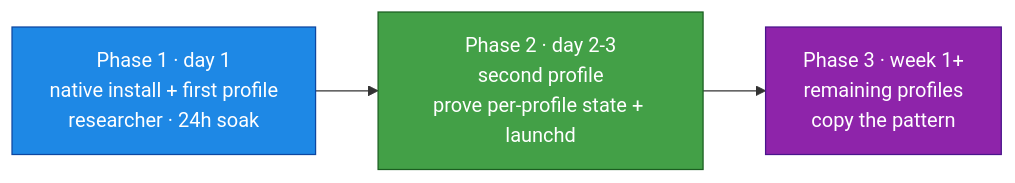
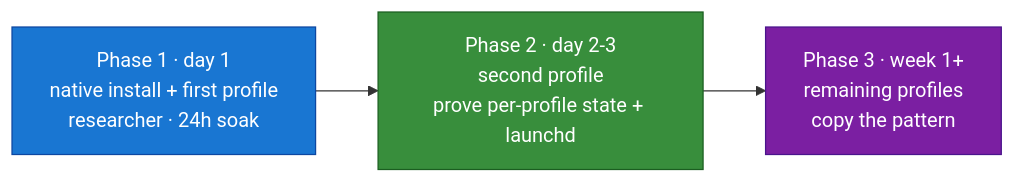
The diagram in docs/05-deployment.md (mpolatcan/hermes-setup), drawn with Mermaid before and after one commit. The commit also changed 9 other files, not shown here.

First line of the commit message:
docs: unify mermaid palette to Material Design (legible contrast)

````diff
--- a/docs/05-deployment.md
+++ b/docs/05-deployment.md
@@ -7,8 +7,8 @@
 ```mermaid
 flowchart LR
     P1["Phase 1 · day 1<br/>native install + first profile<br/>researcher · 24h soak"]:::p1 --> P2["Phase 2 · day 2-3<br/>second profile<br/>prove per-profile state + launchd"]:::p2
     P2 --> P3["Phase 3 · week 1+<br/>remaining profiles<br/>copy the pattern"]:::p3
-    classDef p1 fill:#1E88E5,stroke:#0D47A1,color:#fff
-    classDef p2 fill:#43A047,stroke:#1B5E20,color:#fff
-    classDef p3 fill:#8E24AA,stroke:#4A148C,color:#fff
+    classDef p1 fill:#1976D2,stroke:#0D47A1,color:#fff
+    classDef p2 fill:#388E3C,stroke:#1B5E20,color:#fff
+    classDef p3 fill:#7B1FA2,stroke:#4A148C,color:#fff
 ```
````
